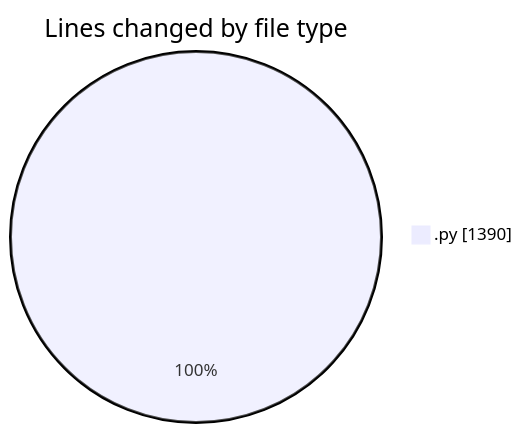
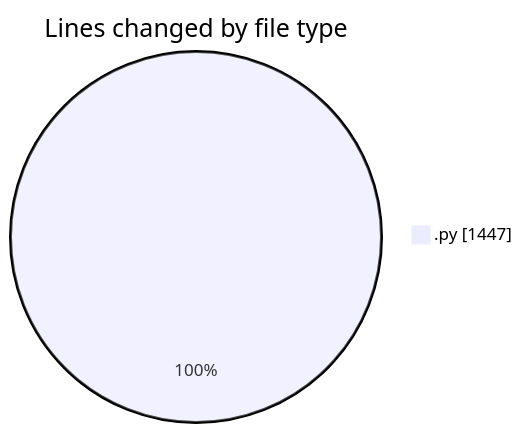
Before and after one commit to julien-gomy/code-tracking: the first of 2 diagrams in 2025-10-08/eventscop-api-guide__workspace_/README.md, drawn with Mermaid. The commit also changed other lines of this file and 1 other file, not shown here.

````diff
--- a/2025-10-08/eventscop-api-guide__workspace_/README.md
+++ b/2025-10-08/eventscop-api-guide__workspace_/README.md
@@ -21,5 +21,5 @@
 ```mermaid
 pie showData
 title Lines changed by file type
-".py" : 1390
+".py" : 1447
 ```
````
